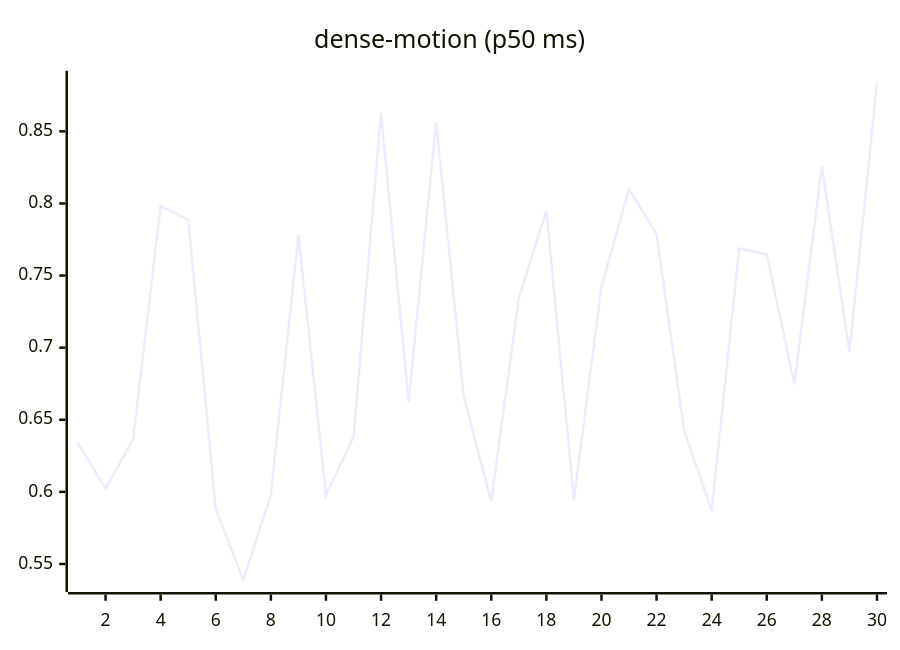
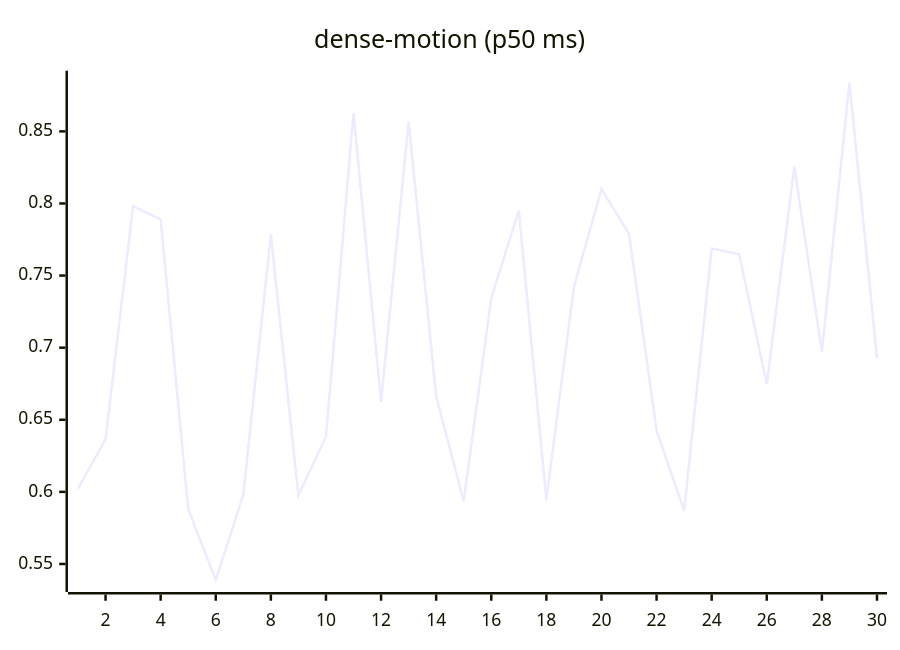
Before and after one commit to josha/Facet: the ninth of 27 diagrams in README.md, drawn with Mermaid. The commit also changed other lines of this file and 2 other files, not shown here.

````diff
--- a/README.md
+++ b/README.md
@@ -119,6 +119,6 @@
 ```mermaid
 xychart-beta
     title "dense-motion (p50 ms)"
     x-axis 1 --> 30
-    line [0.6340, 0.6023, 0.6364, 0.7981, 0.7888, 0.5881, 0.5388, 0.5980, 0.7785, 0.5976, 0.6382, 0.8626, 0.6624, 0.8567, 0.6662, 0.5935, 0.7344, 0.7951, 0.5946, 0.7422, 0.8099, 0.7789, 0.6425, 0.5869, 0.7688, 0.7647, 0.6747, 0.8256, 0.6971, 0.8838]
+    line [0.6023, 0.6364, 0.7981, 0.7888, 0.5881, 0.5388, 0.5980, 0.7785, 0.5976, 0.6382, 0.8626, 0.6624, 0.8567, 0.6662, 0.5935, 0.7344, 0.7951, 0.5946, 0.7422, 0.8099, 0.7789, 0.6425, 0.5869, 0.7688, 0.7647, 0.6747, 0.8256, 0.6971, 0.8838, 0.6929]
 ```
````
